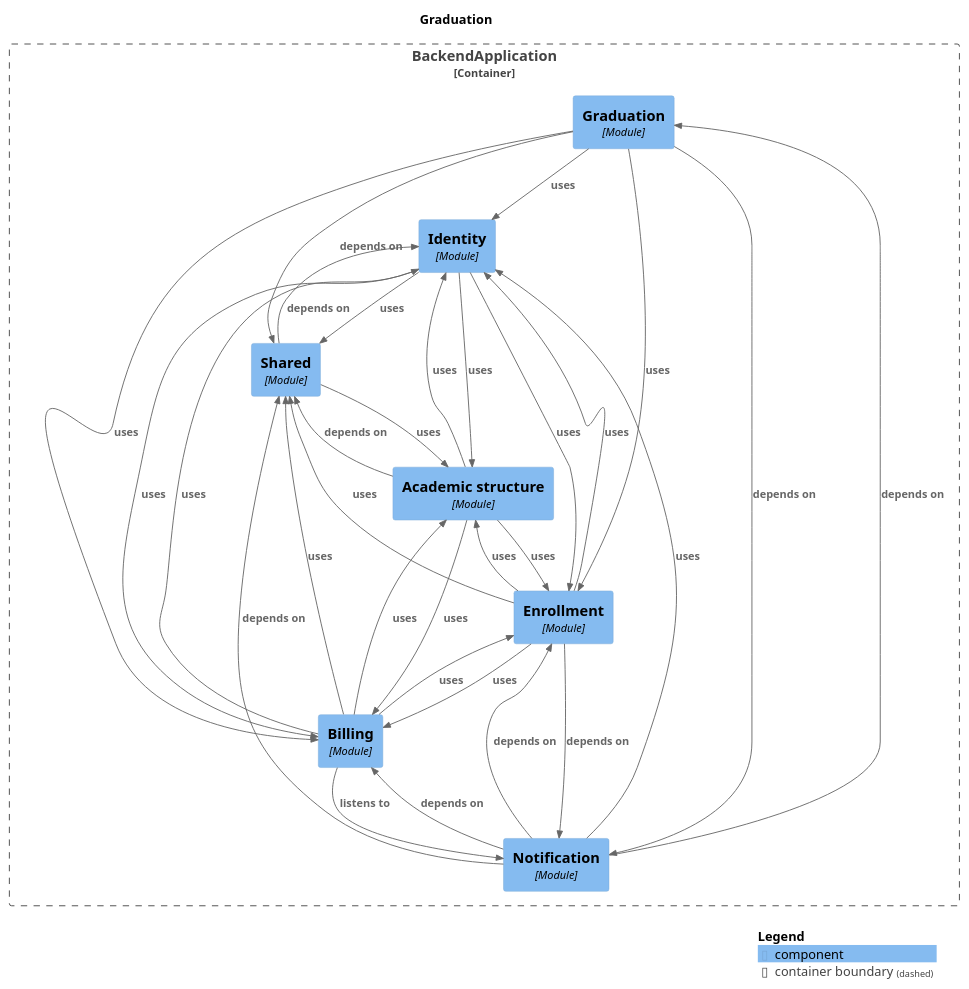
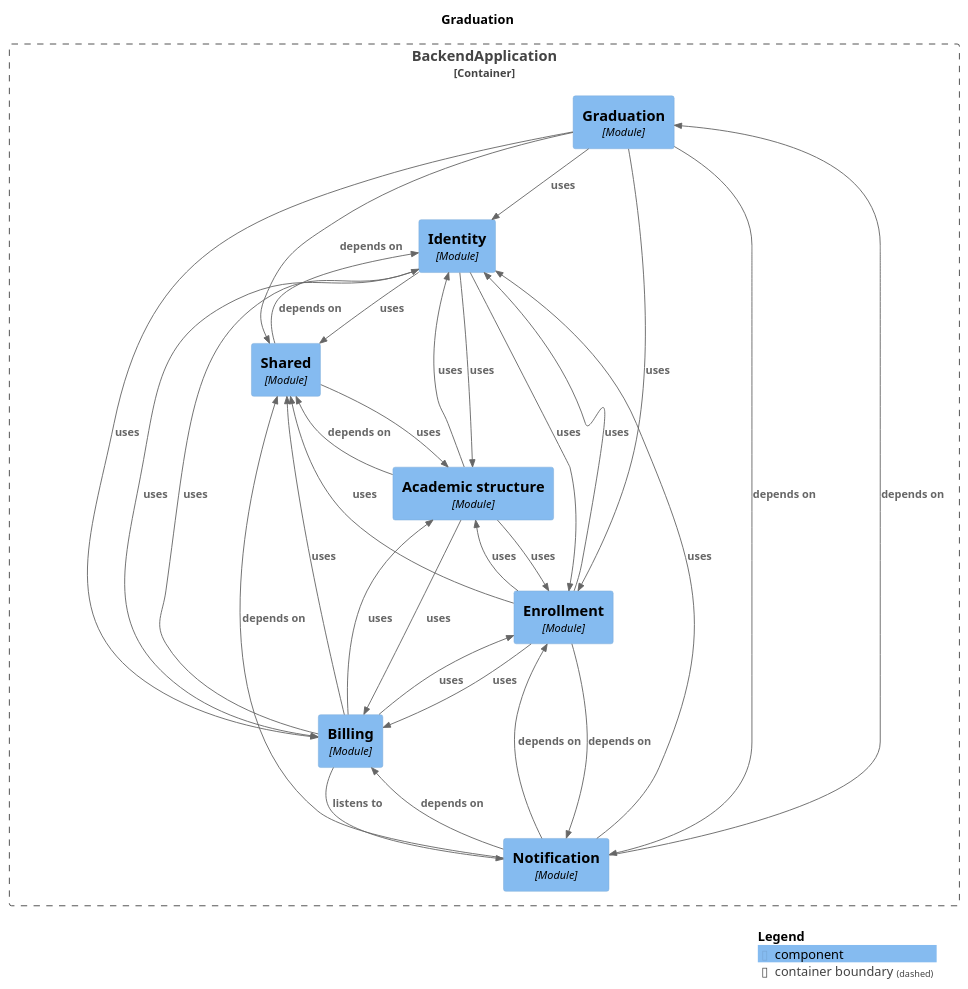
Before and after one commit to Gabriel030/agustina-bermejo-app: the diagram in docs/architecture/module-graduation.puml, drawn with PlantUML. The commit also changed other lines of this file and 12 other files, not shown here.

```diff
--- a/docs/architecture/module-graduation.puml
+++ b/docs/architecture/module-graduation.puml
@@ -1,53 +1,53 @@
 @startuml
 set separator none
 title Graduation
 
 top to bottom direction
 
 !include <C4/C4>
 !include <C4/C4_Context>
 !include <C4/C4_Component>
 
 Container_Boundary("BackendApplication.BackendApplication_boundary", "BackendApplication", $tags="") {
   Component(BackendApplication.BackendApplication.Graduation, "Graduation", $techn="Module", $descr="", $tags="", $link="")
   Component(BackendApplication.BackendApplication.Identity, "Identity", $techn="Module", $descr="", $tags="", $link="")
   Component(BackendApplication.BackendApplication.Notification, "Notification", $techn="Module", $descr="", $tags="", $link="")
   Component(BackendApplication.BackendApplication.Shared, "Shared", $techn="Module", $descr="", $tags="", $link="")
   Component(BackendApplication.BackendApplication.Academicstructure, "Academic structure", $techn="Module", $descr="", $tags="", $link="")
   Component(BackendApplication.BackendApplication.Billing, "Billing", $techn="Module", $descr="", $tags="", $link="")
   Component(BackendApplication.BackendApplication.Enrollment, "Enrollment", $techn="Module", $descr="", $tags="", $link="")
 }
 
-Rel(BackendApplication.BackendApplication.Billing, BackendApplication.BackendApplication.Identity, "uses", $techn="", $tags="", $link="")
-Rel(BackendApplication.BackendApplication.Billing, BackendApplication.BackendApplication.Enrollment, "uses", $techn="", $tags="", $link="")
-Rel(BackendApplication.BackendApplication.Billing, BackendApplication.BackendApplication.Shared, "uses", $techn="", $tags="", $link="")
-Rel(BackendApplication.BackendApplication.Billing, BackendApplication.BackendApplication.Academicstructure, "uses", $techn="", $tags="", $link="")
+Rel(BackendApplication.BackendApplication.Enrollment, BackendApplication.BackendApplication.Academicstructure, "uses", $techn="", $tags="", $link="")
+Rel(BackendApplication.BackendApplication.Enrollment, BackendApplication.BackendApplication.Shared, "uses", $techn="", $tags="", $link="")
 Rel(BackendApplication.BackendApplication.Graduation, BackendApplication.BackendApplication.Shared, "depends on", $techn="", $tags="", $link="")
 Rel(BackendApplication.BackendApplication.Graduation, BackendApplication.BackendApplication.Notification, "depends on", $techn="", $tags="", $link="")
 Rel(BackendApplication.BackendApplication.Graduation, BackendApplication.BackendApplication.Identity, "uses", $techn="", $tags="", $link="")
 Rel(BackendApplication.BackendApplication.Graduation, BackendApplication.BackendApplication.Enrollment, "uses", $techn="", $tags="", $link="")
 Rel(BackendApplication.BackendApplication.Graduation, BackendApplication.BackendApplication.Billing, "uses", $techn="", $tags="", $link="")
+Rel(BackendApplication.BackendApplication.Academicstructure, BackendApplication.BackendApplication.Shared, "depends on", $techn="", $tags="", $link="")
+Rel(BackendApplication.BackendApplication.Academicstructure, BackendApplication.BackendApplication.Enrollment, "uses", $techn="", $tags="", $link="")
+Rel(BackendApplication.BackendApplication.Academicstructure, BackendApplication.BackendApplication.Billing, "uses", $techn="", $tags="", $link="")
+Rel(BackendApplication.BackendApplication.Academicstructure, BackendApplication.BackendApplication.Identity, "uses", $techn="", $tags="", $link="")
+Rel(BackendApplication.BackendApplication.Billing, BackendApplication.BackendApplication.Notification, "listens to", $techn="", $tags="", $link="")
+Rel(BackendApplication.BackendApplication.Billing, BackendApplication.BackendApplication.Identity, "uses", $techn="", $tags="", $link="")
+Rel(BackendApplication.BackendApplication.Billing, BackendApplication.BackendApplication.Enrollment, "uses", $techn="", $tags="", $link="")
+Rel(BackendApplication.BackendApplication.Billing, BackendApplication.BackendApplication.Shared, "uses", $techn="", $tags="", $link="")
+Rel(BackendApplication.BackendApplication.Billing, BackendApplication.BackendApplication.Academicstructure, "uses", $techn="", $tags="", $link="")
+Rel(BackendApplication.BackendApplication.Shared, BackendApplication.BackendApplication.Identity, "depends on", $techn="", $tags="", $link="")
+Rel(BackendApplication.BackendApplication.Shared, BackendApplication.BackendApplication.Academicstructure, "uses", $techn="", $tags="", $link="")
 Rel(BackendApplication.BackendApplication.Identity, BackendApplication.BackendApplication.Shared, "uses", $techn="", $tags="", $link="")
 Rel(BackendApplication.BackendApplication.Identity, BackendApplication.BackendApplication.Billing, "uses", $techn="", $tags="", $link="")
 Rel(BackendApplication.BackendApplication.Identity, BackendApplication.BackendApplication.Enrollment, "uses", $techn="", $tags="", $link="")
 Rel(BackendApplication.BackendApplication.Identity, BackendApplication.BackendApplication.Academicstructure, "uses", $techn="", $tags="", $link="")
-Rel(BackendApplication.BackendApplication.Shared, BackendApplication.BackendApplication.Identity, "depends on", $techn="", $tags="", $link="")
-Rel(BackendApplication.BackendApplication.Shared, BackendApplication.BackendApplication.Academicstructure, "uses", $techn="", $tags="", $link="")
-Rel(BackendApplication.BackendApplication.Enrollment, BackendApplication.BackendApplication.Notification, "depends on", $techn="", $tags="", $link="")
-Rel(BackendApplication.BackendApplication.Enrollment, BackendApplication.BackendApplication.Billing, "uses", $techn="", $tags="", $link="")
-Rel(BackendApplication.BackendApplication.Enrollment, BackendApplication.BackendApplication.Identity, "uses", $techn="", $tags="", $link="")
-Rel(BackendApplication.BackendApplication.Enrollment, BackendApplication.BackendApplication.Academicstructure, "uses", $techn="", $tags="", $link="")
-Rel(BackendApplication.BackendApplication.Enrollment, BackendApplication.BackendApplication.Shared, "uses", $techn="", $tags="", $link="")
 Rel(BackendApplication.BackendApplication.Notification, BackendApplication.BackendApplication.Enrollment, "depends on", $techn="", $tags="", $link="")
 Rel(BackendApplication.BackendApplication.Notification, BackendApplication.BackendApplication.Graduation, "depends on", $techn="", $tags="", $link="")
 Rel(BackendApplication.BackendApplication.Notification, BackendApplication.BackendApplication.Billing, "depends on", $techn="", $tags="", $link="")
 Rel(BackendApplication.BackendApplication.Notification, BackendApplication.BackendApplication.Shared, "depends on", $techn="", $tags="", $link="")
 Rel(BackendApplication.BackendApplication.Notification, BackendApplication.BackendApplication.Identity, "uses", $techn="", $tags="", $link="")
-Rel(BackendApplication.BackendApplication.Academicstructure, BackendApplication.BackendApplication.Shared, "depends on", $techn="", $tags="", $link="")
-Rel(BackendApplication.BackendApplication.Academicstructure, BackendApplication.BackendApplication.Enrollment, "uses", $techn="", $tags="", $link="")
-Rel(BackendApplication.BackendApplication.Academicstructure, BackendApplication.BackendApplication.Billing, "uses", $techn="", $tags="", $link="")
-Rel(BackendApplication.BackendApplication.Academicstructure, BackendApplication.BackendApplication.Identity, "uses", $techn="", $tags="", $link="")
-Rel(BackendApplication.BackendApplication.Billing, BackendApplication.BackendApplication.Notification, "listens to", $techn="", $tags="", $link="")
+Rel(BackendApplication.BackendApplication.Enrollment, BackendApplication.BackendApplication.Notification, "depends on", $techn="", $tags="", $link="")
+Rel(BackendApplication.BackendApplication.Enrollment, BackendApplication.BackendApplication.Billing, "uses", $techn="", $tags="", $link="")
+Rel(BackendApplication.BackendApplication.Enrollment, BackendApplication.BackendApplication.Identity, "uses", $techn="", $tags="", $link="")
 
 SHOW_LEGEND(true)
 @enduml
```
